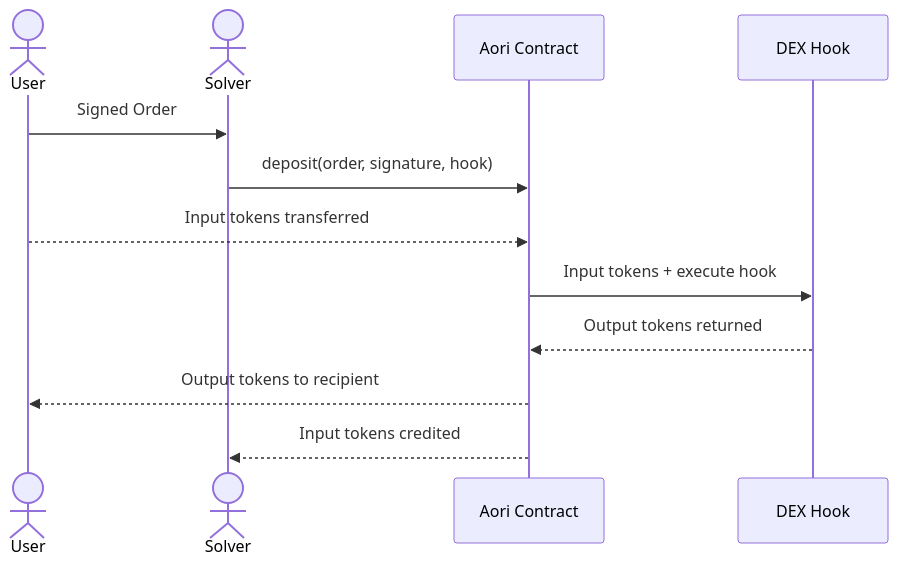
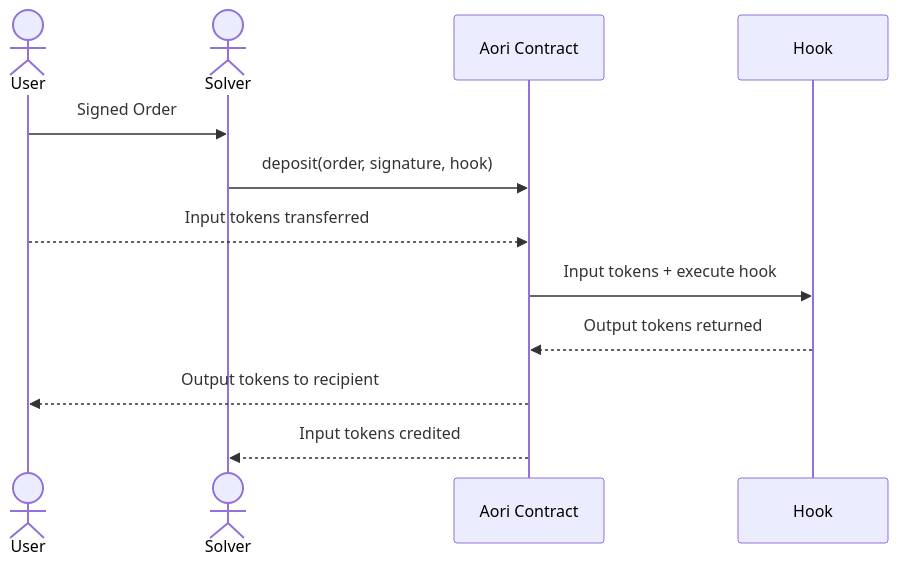
One commit to aori-io/aori changed the sixth of 6 diagrams in README.md. Above: the diagram before and after it, drawn with Mermaid. The commit also changed other lines of this file, not shown here.

````diff
--- a/README.md
+++ b/README.md
@@ -182,15 +182,15 @@
 ```mermaid
 sequenceDiagram
     actor User
     actor Solver
     participant Aori as Aori Contract
-    participant Hook as DEX Hook
+    participant Hook as Hook
 
     User->>Solver: Signed Order
     Solver->>Aori: deposit(order, signature, hook)
     User-->>Aori: Input tokens transferred
     Aori->>Hook: Input tokens + execute hook
     Hook-->>Aori: Output tokens returned
     Aori-->>User: Output tokens to recipient
     Aori-->>Solver: Input tokens credited
 ```
````
